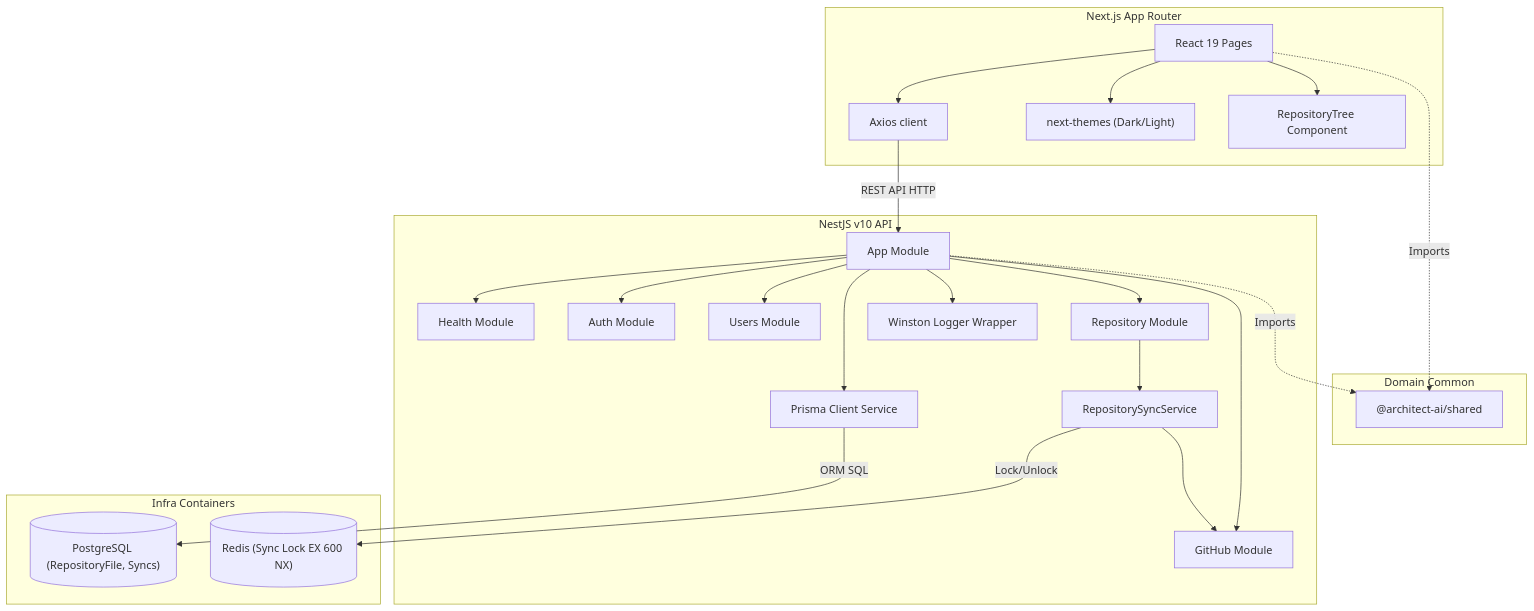
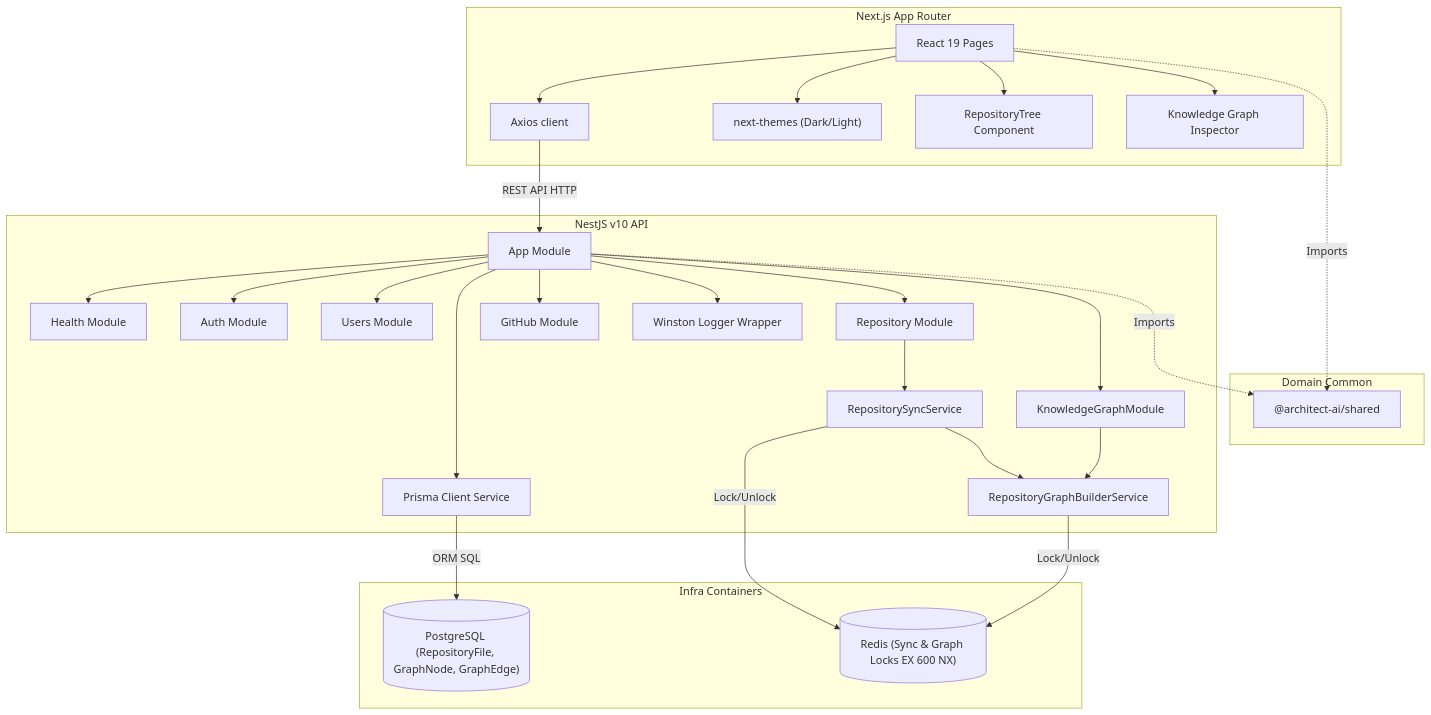
The diagram in README.md (TROJAN1HAMMER/ArchitectureAI), drawn with Mermaid before and after one commit. The commit also changed other lines of this file and 24 other files, not shown here.

First line of the commit message:
feat(graph): add knowledge graph foundation

````diff
--- a/README.md
+++ b/README.md
@@ -46,51 +47,58 @@
 ```mermaid
 graph TD
     subgraph Frontend ["Next.js App Router"]
         UI["React 19 Pages"]
         Axios["Axios client"]
         Theme["next-themes (Dark/Light)"]
         TreeUI["RepositoryTree Component"]
+        GraphUI["Knowledge Graph Inspector"]
         UI --> Axios
         UI --> Theme
         UI --> TreeUI
+        UI --> GraphUI
     end
 
     subgraph Shared ["Domain Common"]
         SharedLib["@architect-ai/shared"]
     end
 
     subgraph Backend ["NestJS v10 API"]
         App["App Module"]
         Health["Health Module"]
         Auth["Auth Module"]
         Users["Users Module"]
         Repo["Repository Module"]
         RepoSync["RepositorySyncService"]
+        GraphModule["KnowledgeGraphModule"]
+        GraphBuilder["RepositoryGraphBuilderService"]
         GitHub["GitHub Module"]
         PrismaService["Prisma Client Service"]
         LoggerService["Winston Logger Wrapper"]
 
         App --> Health
         App --> Auth
         App --> Users
         App --> Repo
+        App --> GraphModule
         App --> GitHub
         App --> PrismaService
         App --> LoggerService
 
         Repo --> RepoSync
-        RepoSync --> GitHub
+        RepoSync --> GraphBuilder
+        GraphModule --> GraphBuilder
     end
 
     subgraph Persistence ["Infra Containers"]
-        Postgres[("PostgreSQL (RepositoryFile, Syncs)")]
-        Redis[("Redis (Sync Lock EX 600 NX)")]
+        Postgres[("PostgreSQL (RepositoryFile, GraphNode, GraphEdge)")]
+        Redis[("Redis (Sync & Graph Locks EX 600 NX)")]
     end
 
     Axios -->|REST API HTTP| App
     PrismaService -->|ORM SQL| Postgres
     RepoSync -->|Lock/Unlock| Redis
+    GraphBuilder -->|Lock/Unlock| Redis
 
     UI -..->|Imports| SharedLib
     App -..->|Imports| SharedLib
 ```
````
